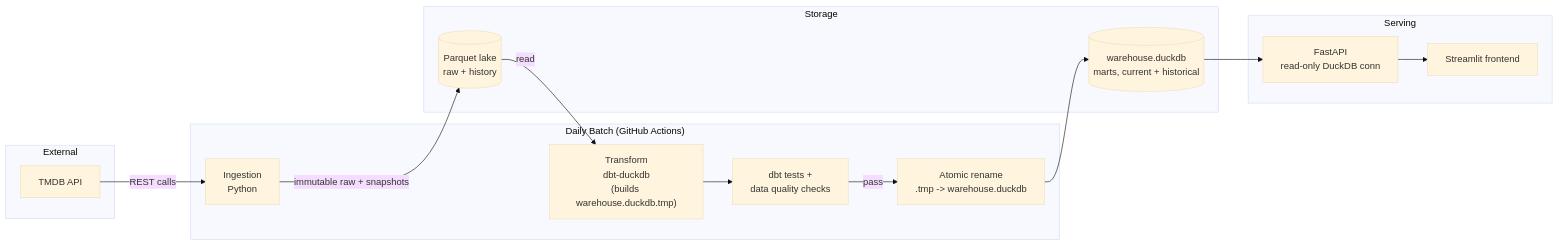
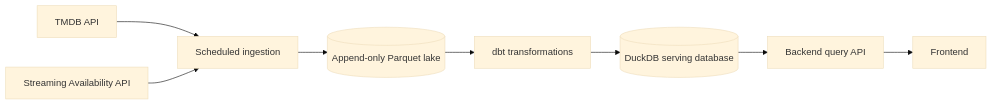
Before and after one commit to apantaz/watchpulse: the first of 2 diagrams in docs/architecture.md, drawn with Mermaid (base theme). The commit also changed other lines of this file and 44 other files, not shown here.

````diff
--- a/docs/architecture.md
+++ b/docs/architecture.md
@@ -156,32 +42,10 @@
 ```mermaid
 flowchart LR
-    subgraph External
-        TMDB[TMDB API]
-    end
-
-    subgraph Batch["Daily Batch (GitHub Actions)"]
-        ING[Ingestion<br/>Python]
-        DBT["Transform<br/>dbt-duckdb<br/>(builds warehouse.duckdb.tmp)"]
-        TEST[dbt tests +<br/>data quality checks]
-        SWAP[Atomic rename<br/>.tmp -> warehouse.duckdb]
-    end
-
-    subgraph Storage
-        LAKE[(Parquet lake<br/>raw + history)]
-        DB[(warehouse.duckdb<br/>marts, current + historical)]
-    end
-
-    subgraph Serving
-        API[FastAPI<br/>read-only DuckDB conn]
-        FE[Streamlit frontend]
-    end
-
-    TMDB -->|REST calls| ING
-    ING -->|immutable raw + snapshots| LAKE
-    LAKE -->|read| DBT
-    DBT --> TEST
-    TEST -->|pass| SWAP
-    SWAP --> DB
-    DB --> API
-    API --> FE
+    TMDB[TMDB API] --> ING[Scheduled ingestion]
+    STREAM[Streaming Availability API] --> ING
+    ING --> LAKE[(Append-only Parquet lake)]
+    LAKE --> DBT[dbt transformations]
+    DBT --> DB[(DuckDB serving database)]
+    DB --> API[Backend query API]
+    API --> UI[Frontend]
 ```
````
